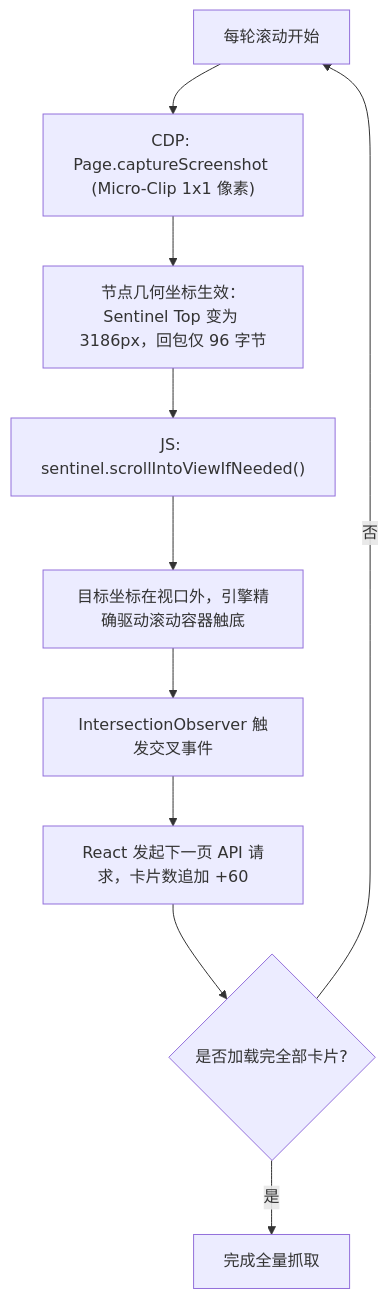
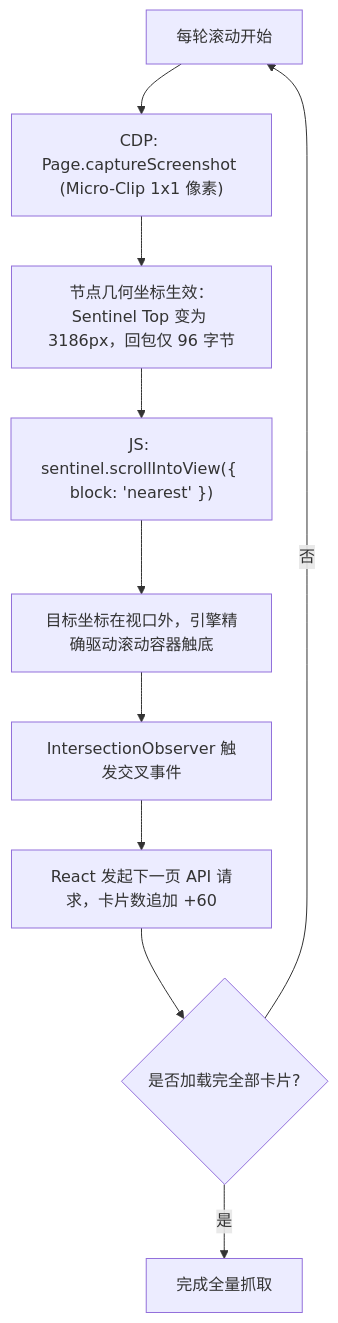
The diagram in moli_scroll.md (GreyRaphael/dsh-web-fetch-moli), drawn with Mermaid before and after one commit. The commit also changed other lines of this file and 6 other files, not shown here.

First line of the commit message:
refactor(scroll): 完全采用 W3C 标准 scrollIntoView 机制重构滚动流

````diff
--- a/moli_scroll.md
+++ b/moli_scroll.md
@@ -59,12 +59,12 @@
 ```mermaid
 flowchart TD
     A[每轮滚动开始] --> B["CDP: Page.captureScreenshot (Micro-Clip 1x1 像素)"]
     B --> C["节点几何坐标生效：Sentinel Top 变为 3186px，回包仅 96 字节"]
-    C --> D["JS: sentinel.scrollIntoViewIfNeeded()"]
+    C --> D["JS: sentinel.scrollIntoView({ block: 'nearest' })"]
     D --> E["目标坐标在视口外，引擎精确驱动滚动容器触底"]
     E --> F["IntersectionObserver 触发交叉事件"]
     F --> G["React 发起下一页 API 请求，卡片数追加 +60"]
     G --> H{是否加载完全部卡片?}
     H -- 否 --> A
     H -- 是 --> I[完成全量抓取]
 ```
````
